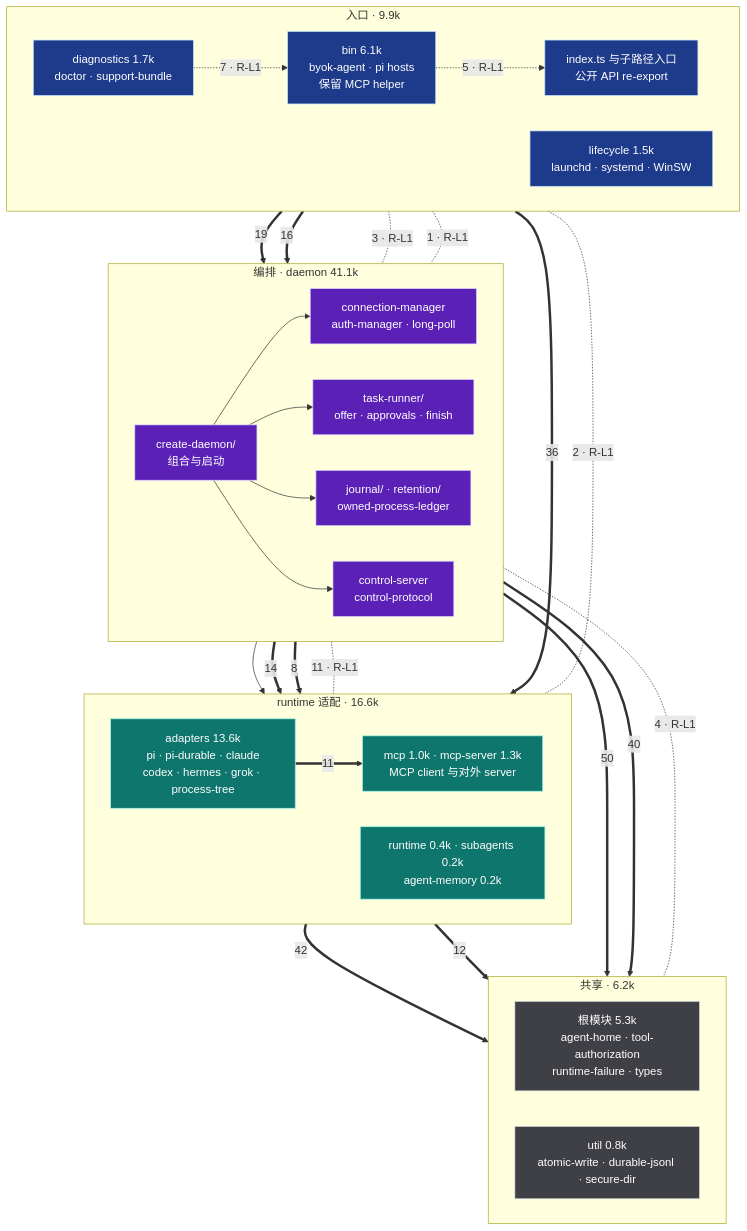
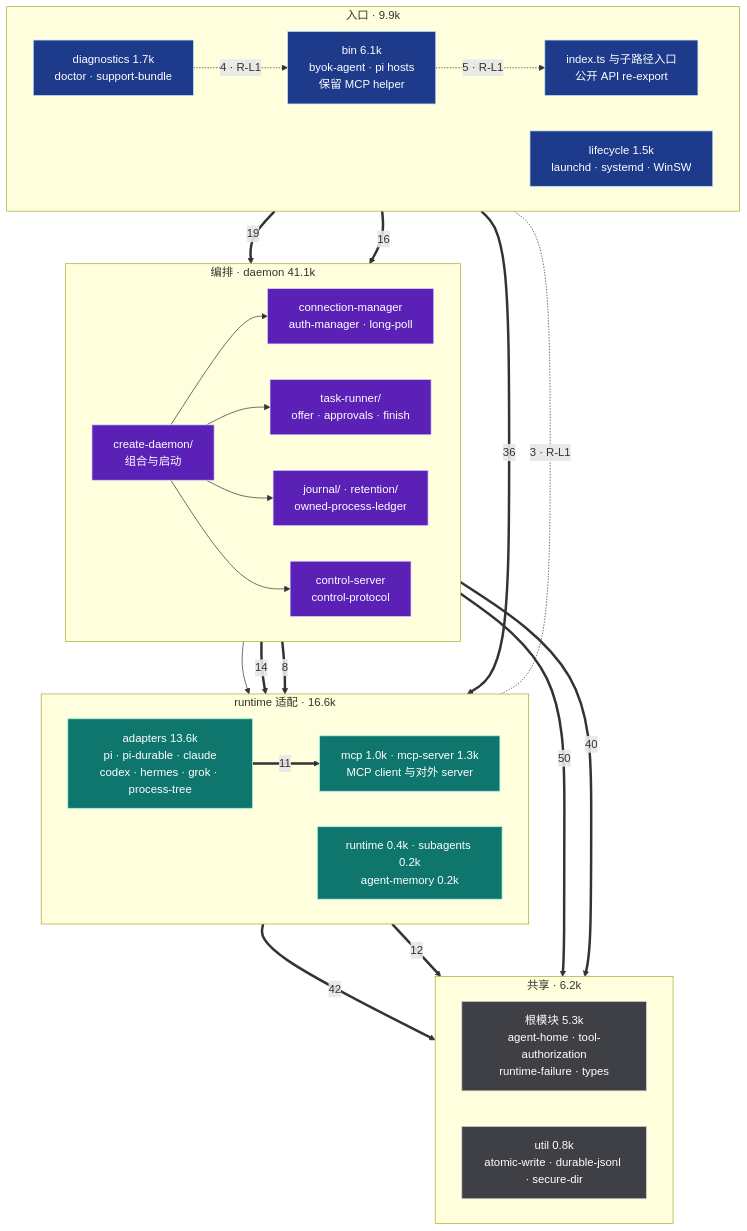
The second of 7 diagrams in docs/architecture/layered-architecture.md (Ancienttwo/byok-sdk), drawn with Mermaid before and after one commit. The commit also changed other lines of this file and 98 other files, not shown here.

````diff
--- a/docs/architecture/layered-architecture.md
+++ b/docs/architecture/layered-architecture.md
@@ -140,60 +140,56 @@
 ```mermaid
 flowchart TB
   classDef entry fill:#1e3a8a,stroke:#bfdbfe,color:#fff
   classDef orch fill:#5b21b6,stroke:#ddd6fe,color:#fff
   classDef adapt fill:#0f766e,stroke:#99f6e4,color:#fff
   classDef util fill:#3f3f46,stroke:#d4d4d8,color:#fff
 
   subgraph E["入口 · 9.9k"]
     direction LR
     Bin["bin 6.1k<br/>byok-agent · pi hosts<br/>保留 MCP helper"]:::entry
     Idx["index.ts 与子路径入口<br/>公开 API re-export"]:::entry
     Life["lifecycle 1.5k<br/>launchd · systemd · WinSW"]:::entry
     Diag["diagnostics 1.7k<br/>doctor · support-bundle"]:::entry
   end
 
   subgraph O["编排 · daemon 41.1k"]
     direction LR
     CD["create-daemon/<br/>组合与启动"]:::orch
     Conn["connection-manager<br/>auth-manager · long-poll"]:::orch
     TR["task-runner/<br/>offer · approvals · finish"]:::orch
     Jr["journal/ · retention/<br/>owned-process-ledger"]:::orch
     Ctl["control-server<br/>control-protocol"]:::orch
   end
 
   subgraph A["runtime 适配 · 16.6k"]
     direction LR
     Ad["adapters 13.6k<br/>pi · pi-durable · claude<br/>codex · hermes · grok · process-tree"]:::adapt
     Mcp["mcp 1.0k · mcp-server 1.3k<br/>MCP client 与对外 server"]:::adapt
     Sub["runtime 0.4k · subagents 0.2k<br/>agent-memory 0.2k"]:::adapt
   end
 
   subgraph S["共享 · 6.2k"]
     direction LR
     Root["根模块 5.3k<br/>agent-home · tool-authorization<br/>runtime-failure · types"]:::util
     Util["util 0.8k<br/>atomic-write · durable-jsonl · secure-dir"]:::util
   end
 
   Bin ==>|"19"| O
   Bin ==>|"36"| Ad
   Diag ==>|"16"| O
   CD --> Conn
   CD --> TR
   CD --> Jr
   CD --> Ctl
   TR --> Ad
   O ==>|"14"| Ad
   O ==>|"8"| Mcp
   Ad ==>|"11"| Mcp
   O ==>|"50"| Root
   Ad ==>|"42"| Root
   O ==>|"40"| Util
   Ad ==>|"12"| Util
-  O <-.-|"11 · R-L1"| Ad
-  O <-.-|"4 · R-L1"| Root
-  Life <-.-|"3 · R-L1"| O
-  Bin <-.-|"1 · R-L1"| O
-  Bin <-.-|"2 · R-L1"| Sub
-  Diag -.->|"7 · R-L1"| Bin
+  Bin <-.-|"3 · R-L1"| Sub
+  Diag -.->|"4 · R-L1"| Bin
   Bin -.->|"5 · R-L1"| Idx
 ```
````
